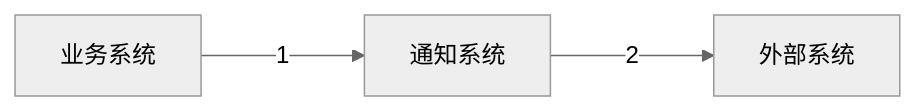
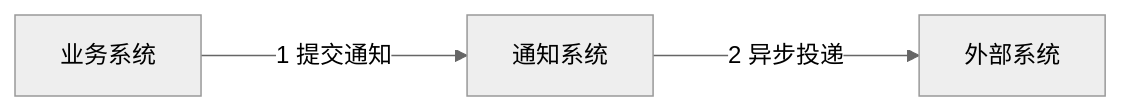
One commit to iChant/rc_ichant changed the first of 3 diagrams in README.md. Above: the diagram before and after it, drawn with Mermaid (neutral theme). The commit also changed other lines of this file and 14 other files, not shown here.

````diff
--- a/README.md
+++ b/README.md
@@ -7,7 +7,7 @@
 ```mermaid
 flowchart LR
   Biz[业务系统]
   Notify[通知系统]
   External[外部系统]
-  Biz ---> |1| Notify ---> |2| External
+  Biz ---> |1 提交通知| Notify ---> |2 异步投递| External
 ```
````
